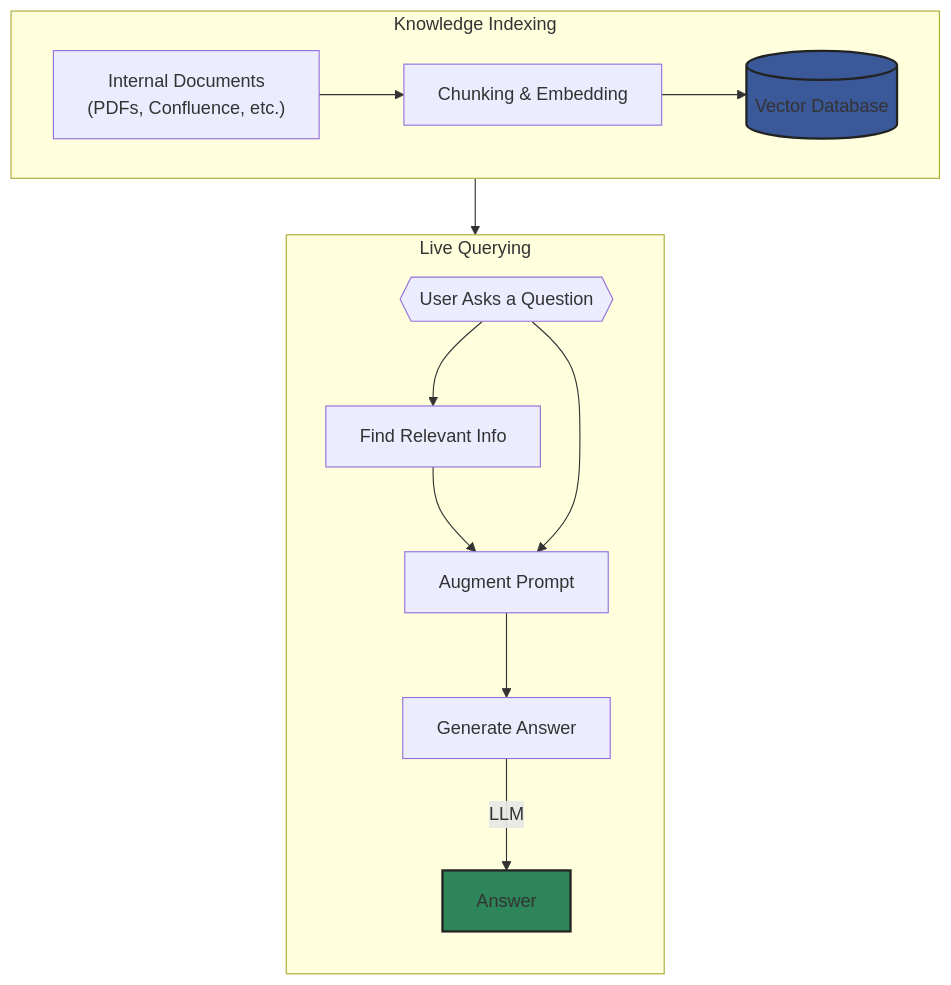
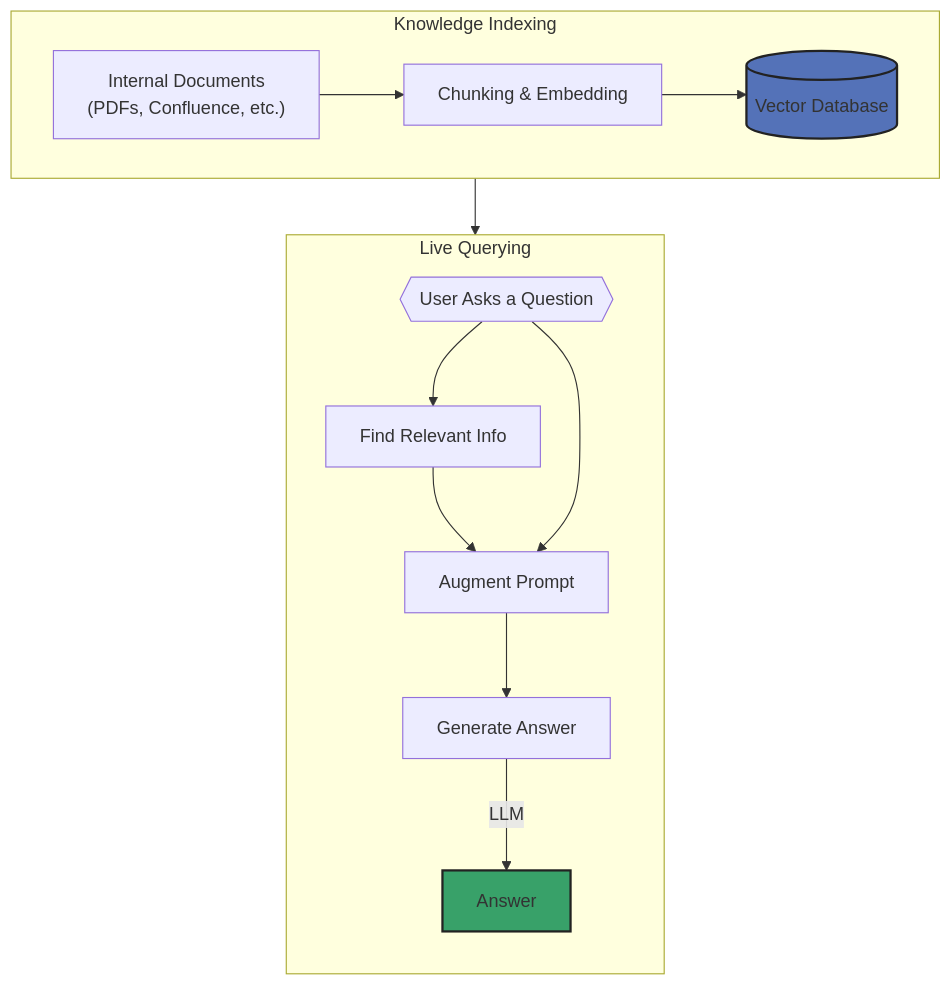
One commit to 89jobrien/examples changed the second of 5 diagrams in README.md. Above: the diagram before and after it, drawn with Mermaid. The commit also changed other lines of this file, not shown here.

````diff
--- a/README.md
+++ b/README.md
@@ -31,21 +31,21 @@
 ```mermaid
 flowchart TD
   subgraph "Knowledge Indexing"
     direction LR
     A["Internal Documents<br>(PDFs, Confluence, etc.)"] --> B["Chunking & Embedding"]
     B --> C[("Vector Database")]
   end
 
   subgraph "Live Querying"
     direction TB
     D{{User Asks a Question}} --> E["Find Relevant Info"]
     C --> E
     E --> F["Augment Prompt"]
     D --> F
     F --> G["Generate Answer"]
     G -- LLM --> H["Answer"]
   end
 
-  style C fill:#3b5998,stroke:#222,stroke-width:2px
-  style H fill:#2f855a,stroke:#222,stroke-width:2px
+  style C fill:#5472b8,stroke:#222,stroke-width:2px
+  style H fill:#38a169,stroke:#222,stroke-width:2px
 ```
````
